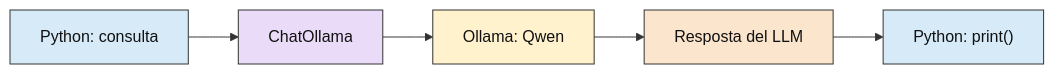
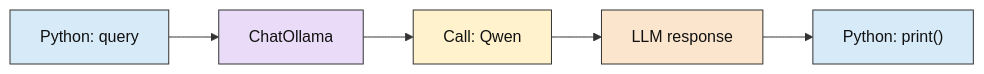
One commit to eetac/Visual_tools_for_AI changed the first of 15 diagrams in AI_Observability/docs/08_examples.md. Above: the diagram before and after it, drawn with Mermaid. The commit also changed other lines of this file and 31 other files, not shown here.

````diff
--- a/AI_Observability/docs/08_examples.md
+++ b/AI_Observability/docs/08_examples.md
@@ -68,18 +68,18 @@
 ```mermaid
 flowchart LR
-    U["Python: consulta"] --> C["ChatOllama"]
-    C --> O["Ollama: Qwen"]
-    O --> R["Resposta del LLM"]
+    U["Python: query"] --> C["ChatOllama"]
+    C --> O["Call: Qwen"]
+    O --> R["LLM response"]
     R --> P["Python: print()"]
     class U,P entrada
     class C servei
     class O llm
     class R agent
     classDef entrada fill:#D6EAF8,stroke:#333333,color:#111111
     classDef llm fill:#FFF2CC,stroke:#333333,color:#111111
     classDef python fill:#D9EAD3,stroke:#333333,color:#111111
     classDef decisio fill:#F4CCCC,stroke:#333333,color:#111111
     classDef servei fill:#EADCF8,stroke:#333333,color:#111111
     classDef agent fill:#FCE5CD,stroke:#333333,color:#111111
     classDef opik fill:#F5F5F5,stroke:#333333,color:#111111
 ```
````
